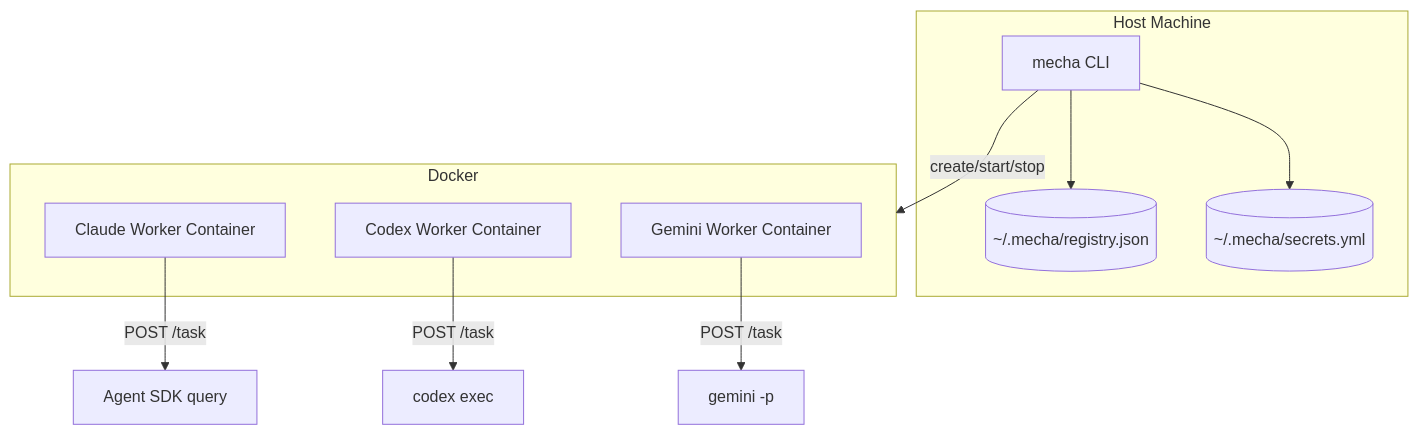
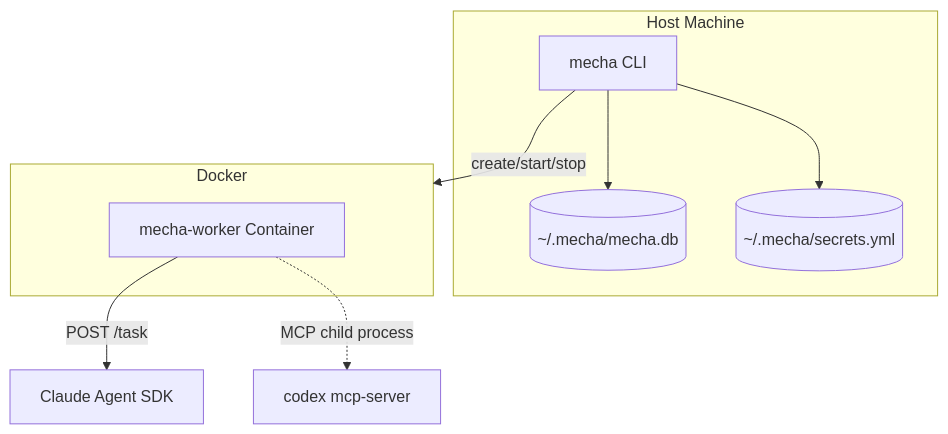
The first of 5 diagrams in website/guide/architecture.md (xiaolai/mecha.im), drawn with Mermaid before and after one commit. The commit also changed other lines of this file and 11 other files, not shown here.

````diff
--- a/website/guide/architecture.md
+++ b/website/guide/architecture.md
@@ -10,21 +10,18 @@
 ```mermaid
 flowchart TB
     subgraph Host ["Host Machine"]
         CLI[mecha CLI]
-        Registry[(~/.mecha/registry.json)]
+        DB[(~/.mecha/mecha.db)]
         Secrets[(~/.mecha/secrets.yml)]
-        CLI --> Registry
+        CLI --> DB
         CLI --> Secrets
     end
 
     subgraph Docker ["Docker"]
-        C1[Claude Worker Container]
-        C2[Codex Worker Container]
-        C3[Gemini Worker Container]
+        C1[mecha-worker Container]
     end
 
     CLI -->|create/start/stop| Docker
-    C1 -->|POST /task| Claude[Agent SDK query]
-    C2 -->|POST /task| Codex[codex exec]
-    C3 -->|POST /task| Gemini[gemini -p]
+    C1 -->|POST /task| SDK[Claude Agent SDK]
+    C1 -.->|MCP child process| Codex[codex mcp-server]
 ```
````
